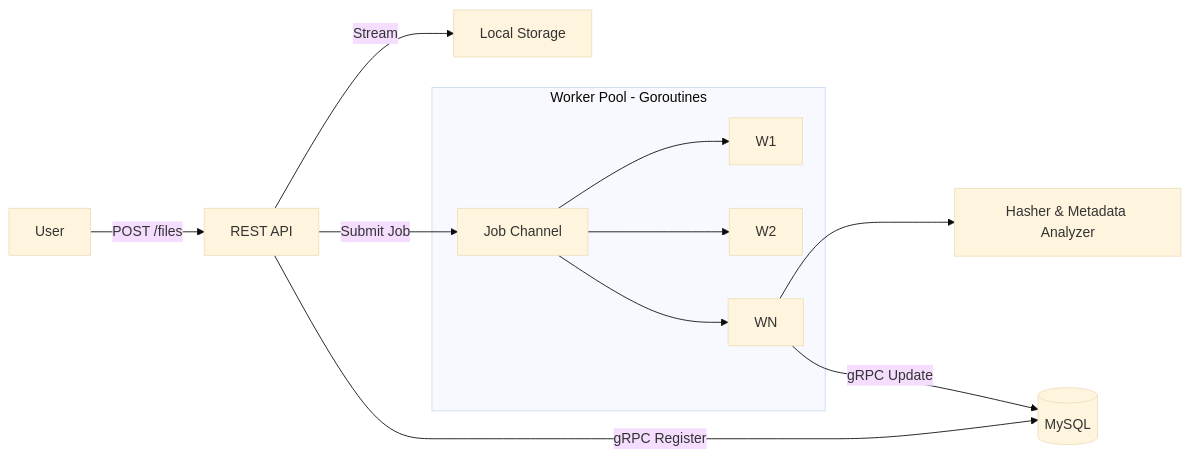
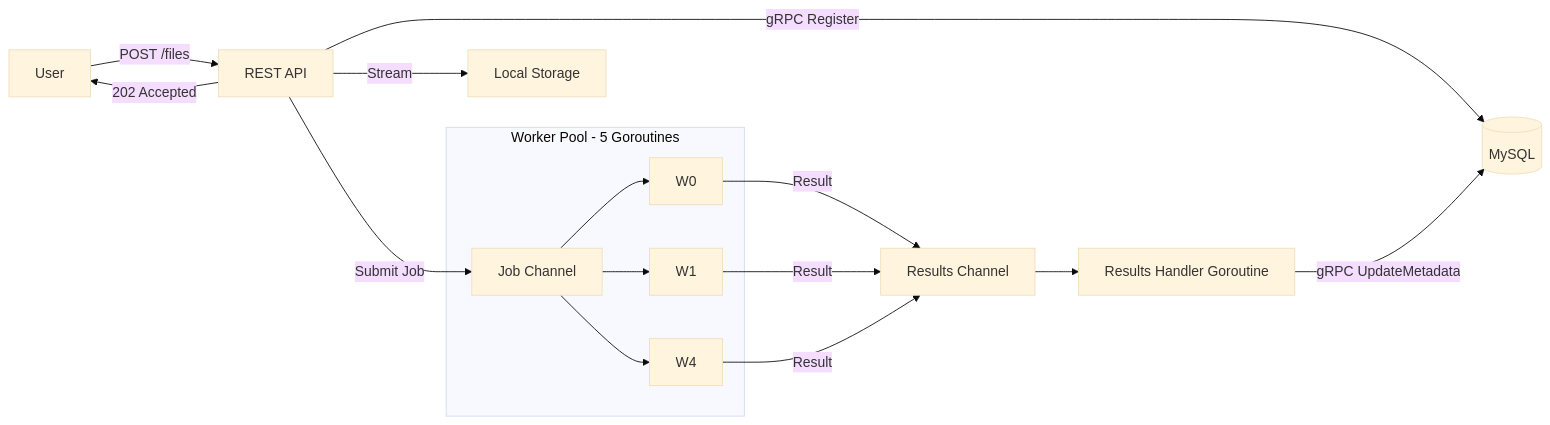
Before and after one commit to manamnathtiwari/GopherDriver: the diagram in README.md, drawn with Mermaid (base theme).

Commit message:
Another push

````diff
--- a/README.md
+++ b/README.md
@@ -80,16 +80,22 @@
 ``` mermaid
 graph LR
     User -->|POST /files| REST[REST API]
     REST -->|Stream| Disk[Local Storage]
+    REST -->|gRPC Register| DB[(MySQL)]
     REST -->|Submit Job| Queue[Job Channel]
-    REST -->|gRPC Register| DB[(MySQL)]
-    
-    subgraph WorkerPool[Worker Pool - Goroutines]
+
+    subgraph WorkerPool[Worker Pool - 5 Goroutines]
+        Queue --> W0
         Queue --> W1
-        Queue --> W2
-        Queue --> WN
+        Queue --> W4
     end
-    
-    WN --> Analyzer[Hasher & Metadata Analyzer]
-    WN -->|gRPC Update| DB
+
+    W0 -->|Result| RC[Results Channel]
+    W1 -->|Result| RC
+    W4 -->|Result| RC
+
+    RC --> RH[Results Handler Goroutine]
+    RH -->|gRPC UpdateMetadata| DB
+
+    REST -->|202 Accepted| User
 ```
````
